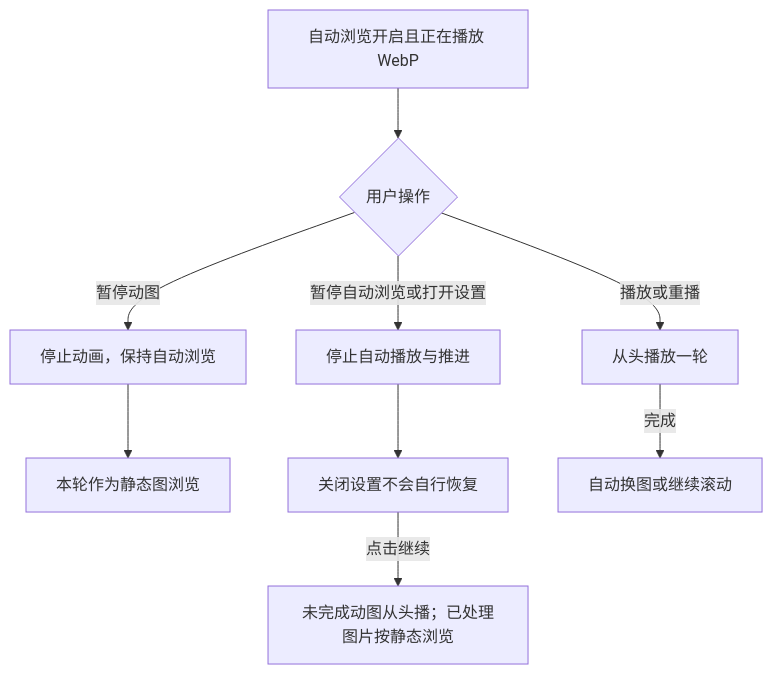
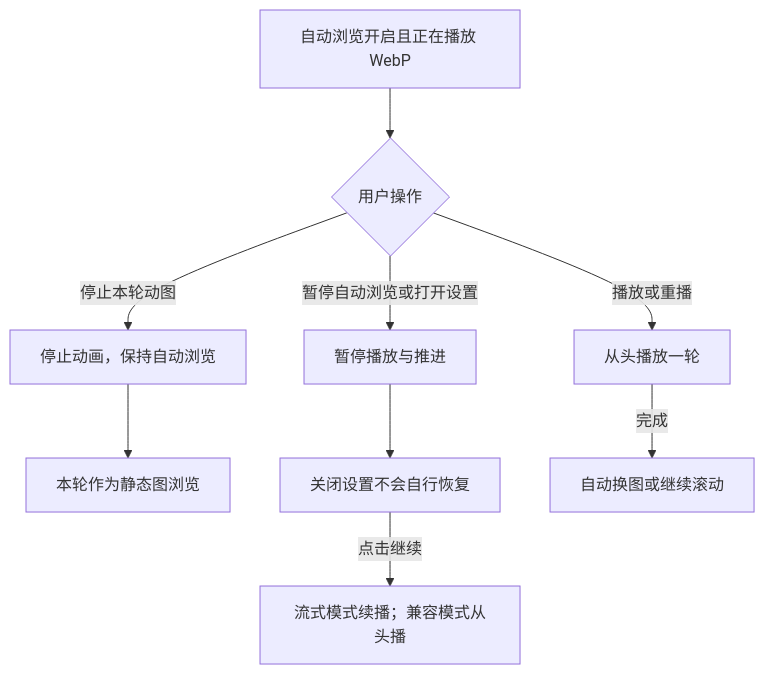
The second of 3 diagrams in docs/features/artwork-auto-browse.md (namehu/PixiShelf), drawn with Mermaid before and after one commit. The commit also changed other lines of this file and 83 other files, not shown here.

````diff
--- a/docs/features/artwork-auto-browse.md
+++ b/docs/features/artwork-auto-browse.md
@@ -111,11 +114,11 @@
 ```mermaid
 flowchart TD
   A[自动浏览开启且正在播放 WebP] --> B{用户操作}
-  B -->|暂停动图| C[停止动画，保持自动浏览]
+  B -->|停止本轮动图| C[停止动画，保持自动浏览]
   C --> D[本轮作为静态图浏览]
-  B -->|暂停自动浏览或打开设置| E[停止自动播放与推进]
+  B -->|暂停自动浏览或打开设置| E[暂停播放与推进]
   E --> F[关闭设置不会自行恢复]
-  F -->|点击继续| G[未完成动图从头播；已处理图片按静态浏览]
+  F -->|点击继续| G[流式模式续播；兼容模式从头播]
   B -->|播放或重播| H[从头播放一轮]
   H -->|完成| I[自动换图或继续滚动]
 ```
````
